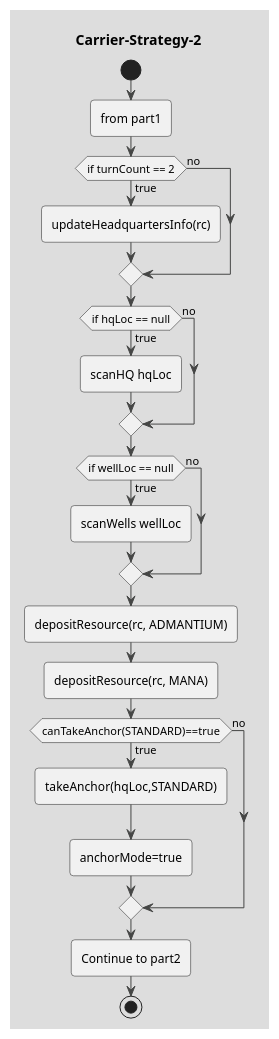
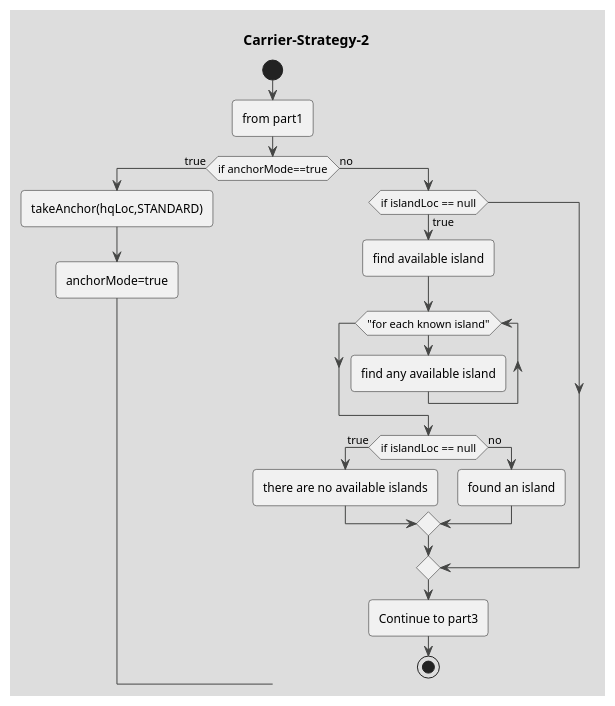
The diagram in drawings/Carrier-Stategy-2.puml (coding-to-music/plantuml-diagram-examples), drawn with PlantUML before and after one commit. The commit also changed other lines of this file and 3 other files, not shown here.

```diff
--- a/drawings/Carrier-Stategy-2.puml
+++ b/drawings/Carrier-Stategy-2.puml
@@ -1,46 +1,26 @@
 @startuml Carrier-Strategy-2
 !theme toy 
 title Carrier-Strategy-2
 start
 
 :from part1; 
 
-if (if turnCount == 2) then (true) 
-:updateHeadquartersInfo(rc); 
+if (if anchorMode==true) then (true) 
+    :takeAnchor(hqLoc,STANDARD); 
+    :anchorMode=true;
 else (no)
-endif
-if (if hqLoc == null) then (true) 
-:scanHQ hqLoc; 
-else (no)
-endif
-if (if wellLoc == null) then (true) 
-:scanWells wellLoc; 
-else (no)
+    if(if islandLoc == null) then (true)
+    :find available island;
+    while ("for each known island")
+        :find any available island;
+    endwhile  
+    if(if islandLoc == null) then (true)
+    :there are no available islands;
+    else (no)
+    :found an island;
+    endif
 endif
 
-:depositResource(rc, ADMANTIUM); 
-
-:depositResource(rc, MANA); 
-
-if (canTakeAnchor(STANDARD)==true) then (true) 
-:takeAnchor(hqLoc,STANDARD); 
-:anchorMode=true;
-else (no)
-endif
-
-' if (if canCreateLauncher) then (true) 
-' :buildRobot(LAUNCHER); 
-' else (no)
-' endif
-' if (if canCreateBooster) then (true) 
-' :buildRobot(BOOSTER); 
-' else (no)
-' endif
-' if (if canCreateDestabilizer) then (true) 
-' :buildRobot(DESTABILIZER); 
-' else (no)
-' endif
-
-:Continue to part2; 
+:Continue to part3; 
 stop
 @enduml
```
